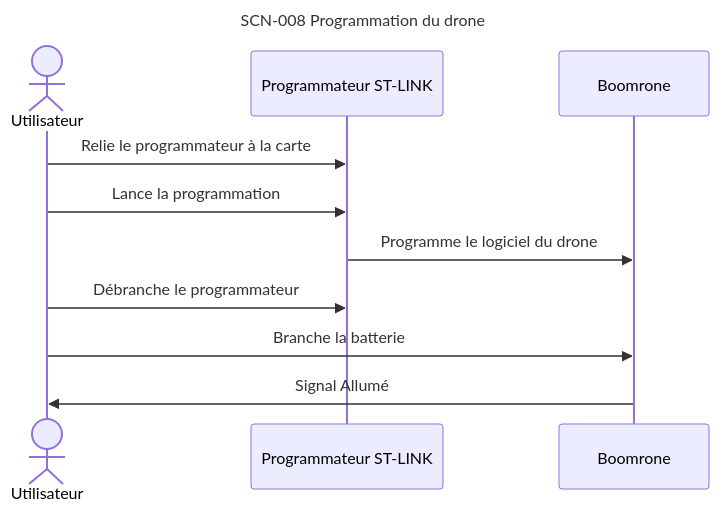
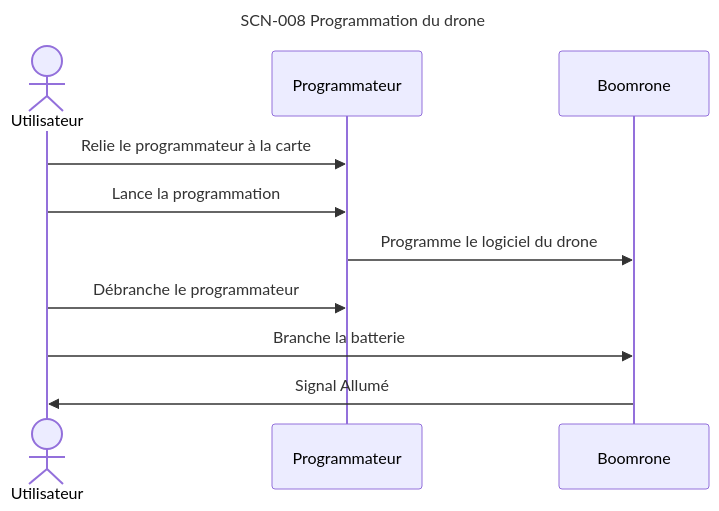
One commit to thourymatthieu-png/coworker_archi_system changed the tenth of 13 diagrams in projets/boomrone/00-scenarios.md. Above: the diagram before and after it, drawn with Mermaid. The commit also changed other lines of this file and 5 other files, not shown here.

````diff
--- a/projets/boomrone/00-scenarios.md
+++ b/projets/boomrone/00-scenarios.md
@@ -355,15 +357,15 @@
 ```mermaid
 ---
 title: "SCN-008 Programmation du drone"
 ---
 sequenceDiagram
     actor U as Utilisateur
-    participant P as Programmateur ST-LINK
+    participant P as Programmateur
     participant D as Boomrone
     U->>P: Relie le programmateur à la carte
     U->>P: Lance la programmation
     P->>D: Programme le logiciel du drone
     U->>P: Débranche le programmateur
     U->>D: Branche la batterie
     D->>U: Signal Allumé
 ```
````
